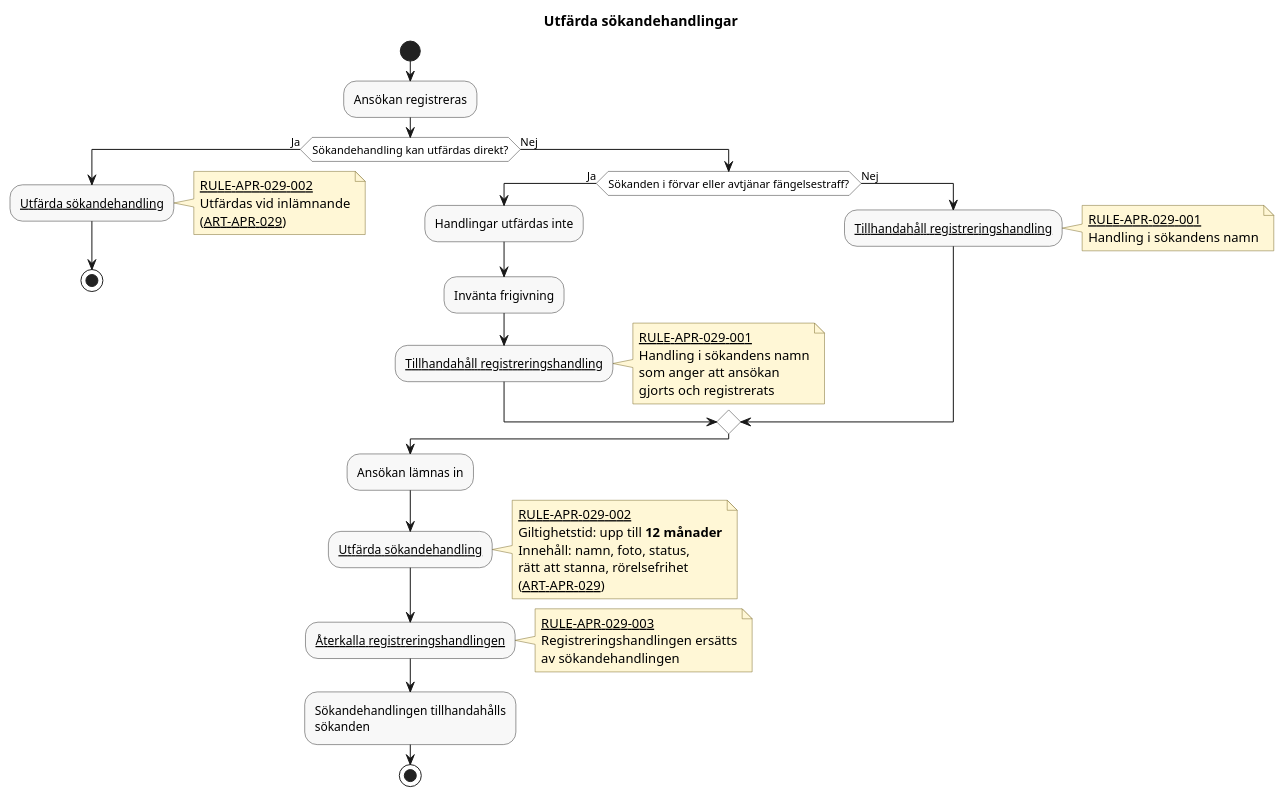
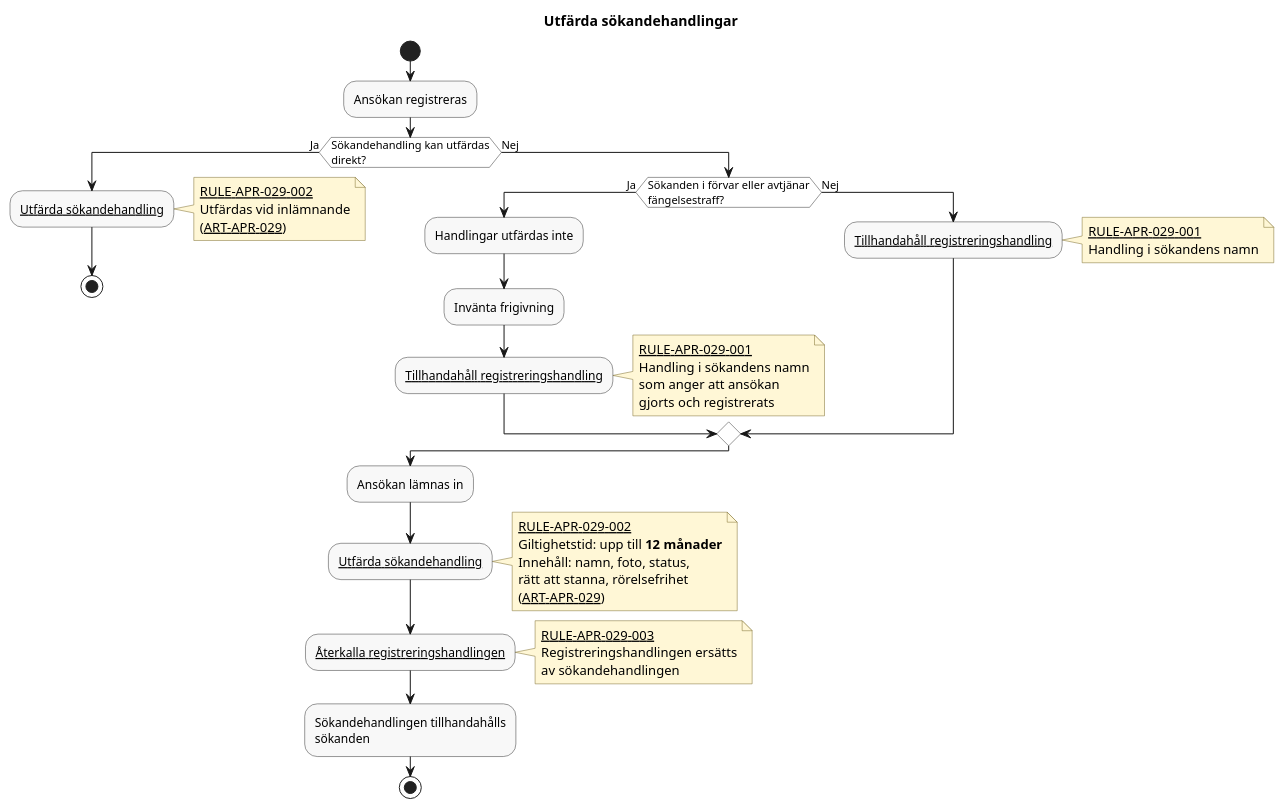
One commit to chrhe894/migration_pact changed the diagram in docs/domains/registration/diagrams/issue-applicant-documents.pu. Above: the diagram before and after it, drawn with PlantUML. The commit also changed 21 other files, not shown here.

Commit message:
Fixes long activities in pu-diagram.

```diff
--- a/docs/domains/registration/diagrams/issue-applicant-documents.pu
+++ b/docs/domains/registration/diagrams/issue-applicant-documents.pu
@@ -15,85 +15,85 @@
 @startuml issue-applicant-documents
 
 title Utfärda sökandehandlingar
 
 skinparam shadowing false
 skinparam HyperlinkColor Black
 skinparam HyperlinkUnderline true
 skinparam defaultFontName Arial
 skinparam activity {
   BackgroundColor #F8F8F8
   BorderColor #333333
   DiamondBackgroundColor #FFFFFF
   DiamondBorderColor #333333
 }
 skinparam note {
   BackgroundColor #FFF7D6
   BorderColor #7A6A2A
 }
 
 start
 
 :Ansökan registreras;
 
-if (Sökandehandling kan utfärdas direkt?) then (Ja)
+if (Sökandehandling kan utfärdas\ndirekt?) then (Ja)
 
     :[[../rules/rule-apr-029-002.md Utfärda sökandehandling]];
     note right
       [[../rules/rule-apr-029-002.md RULE-APR-029-002]]
       Utfärdas vid inlämnande
       ([[../articles/apr-029.md ART-APR-029]])
     end note
 
     stop
 
 else (Nej)
 
-    if (Sökanden i förvar eller avtjänar fängelsestraff?) then (Ja)
+    if (Sökanden i förvar eller avtjänar\nfängelsestraff?) then (Ja)
 
         :Handlingar utfärdas inte;
 
         :Invänta frigivning;
 
         :[[../rules/rule-apr-029-001.md Tillhandahåll registreringshandling]];
         note right
           [[../rules/rule-apr-029-001.md RULE-APR-029-001]]
           Handling i sökandens namn
           som anger att ansökan
           gjorts och registrerats
         end note
 
     else (Nej)
 
         :[[../rules/rule-apr-029-001.md Tillhandahåll registreringshandling]];
         note right
           [[../rules/rule-apr-029-001.md RULE-APR-029-001]]
           Handling i sökandens namn
         end note
 
     endif
 
 endif
 
 :Ansökan lämnas in;
 
 :[[../rules/rule-apr-029-002.md Utfärda sökandehandling]];
 note right
   [[../rules/rule-apr-029-002.md RULE-APR-029-002]]
   Giltighetstid: upp till **12 månader**
   Innehåll: namn, foto, status,
   rätt att stanna, rörelsefrihet
   ([[../articles/apr-029.md ART-APR-029]])
 end note
 
 :[[../rules/rule-apr-029-003.md Återkalla registreringshandlingen]];
 note right
   [[../rules/rule-apr-029-003.md RULE-APR-029-003]]
   Registreringshandlingen ersätts
   av sökandehandlingen
 end note
 
 :Sökandehandlingen tillhandahålls\nsökanden;
 
 stop
 
 @enduml
```
